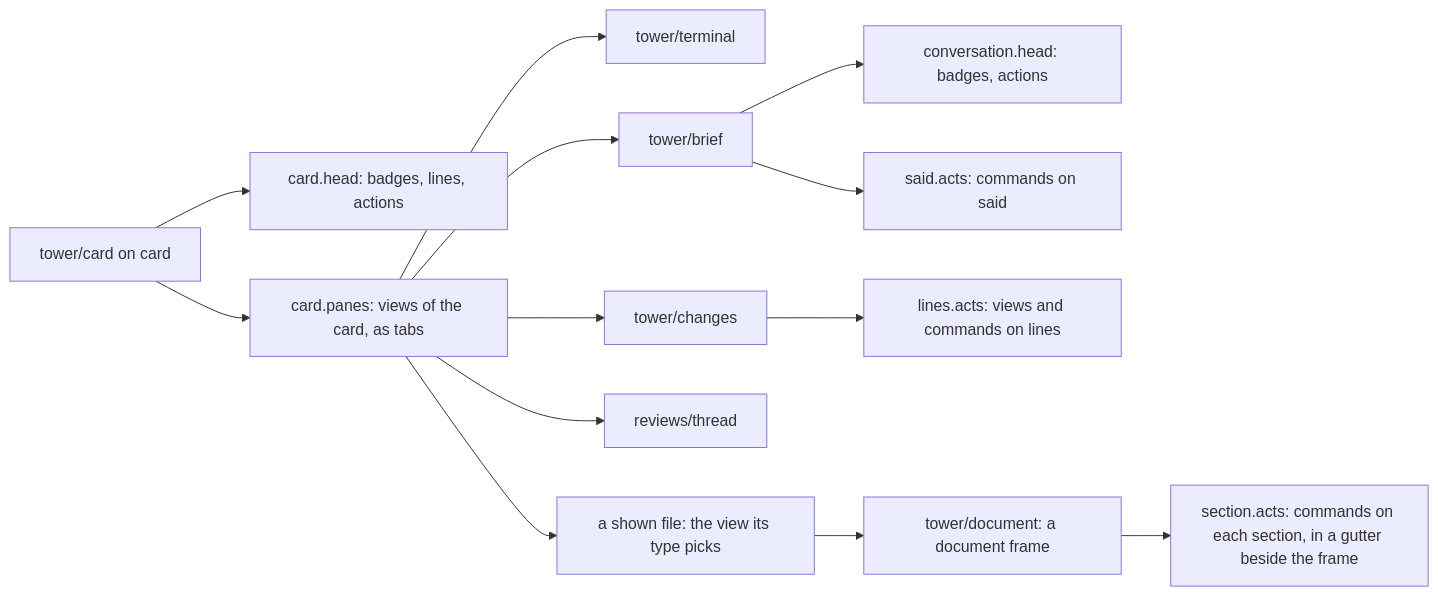
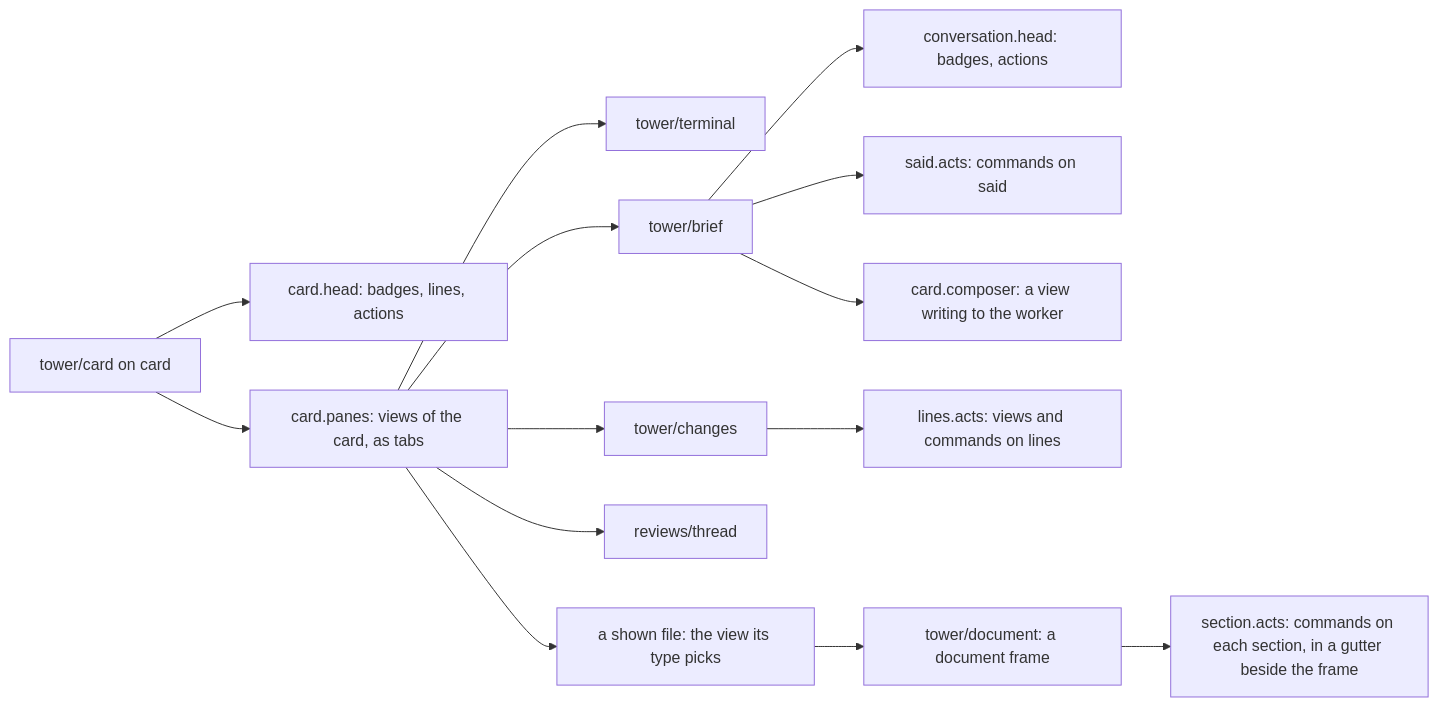
The third of 6 diagrams in kb/entities/decisions/ui-model.md (RegiByte/the-tower), drawn with Mermaid before and after one commit. The commit also changed other lines of this file and 6 other files, not shown here.

First line of the commit message:
The Brief's foot holds card.composer, a view that writes to the worker

````diff
--- a/kb/entities/decisions/ui-model.md
+++ b/kb/entities/decisions/ui-model.md
@@ -313,15 +318,16 @@
 ```mermaid
 flowchart LR
   card["tower/card on card"] --> head["card.head: badges, lines, actions"]
   card --> panes["card.panes: views of the card, as tabs"]
   panes --> term["tower/terminal"]
   panes --> brief["tower/brief"]
   panes --> changes["tower/changes"]
   panes --> thread["reviews/thread"]
   panes --> shown["a shown file: the view its type picks"]
   brief --> conv["conversation.head: badges, actions"]
   brief --> said["said.acts: commands on said"]
+  brief --> composer["card.composer: a view writing to the worker"]
   changes --> pick["lines.acts: views and commands on lines"]
   shown --> md["tower/document: a document frame"]
   md --> sec["section.acts: commands on each section, in a gutter beside the frame"]
 ```
````
